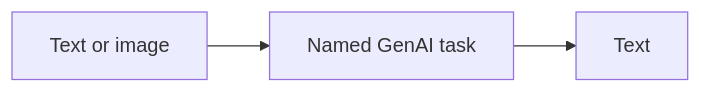
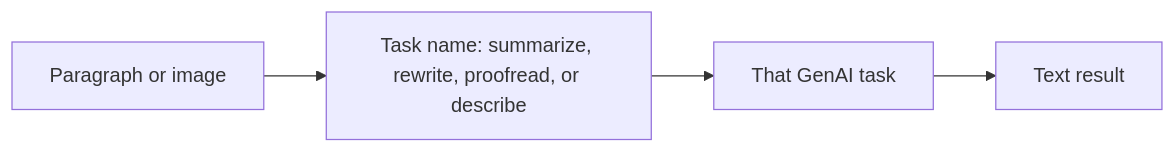
The diagram in lab-genai-tasks/README.md (mohamedmabrouk582/Android-Ai-Lab), drawn with Mermaid before and after one commit. The commit also changed other lines of this file and 41 other files, not shown here.

````diff
--- a/lab-genai-tasks/README.md
+++ b/lab-genai-tasks/README.md
@@ -13,4 +27,6 @@
 ```mermaid
 flowchart LR
-  n0["Text or image"] --> n1["Named GenAI task"] --> n2["Text"]
+  input["Paragraph or image"] --> name["Task name: summarize, rewrite, proofread, or describe"]
+  name --> run["That GenAI task"]
+  run --> text["Text result"]
 ```
````
